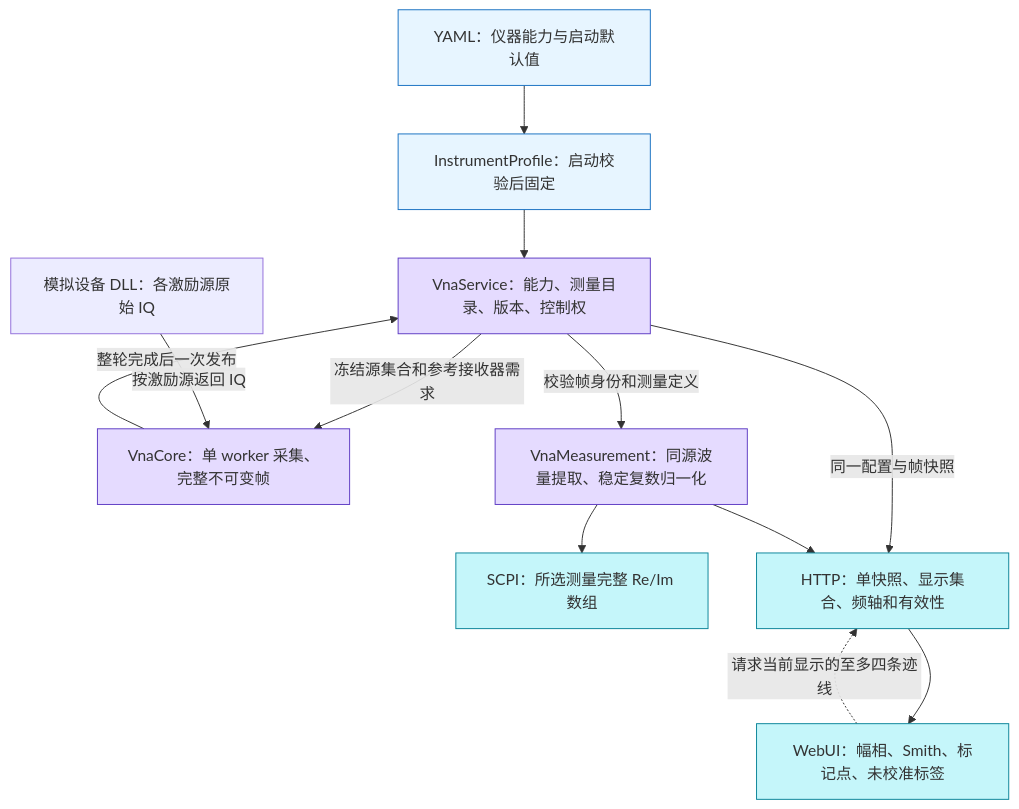
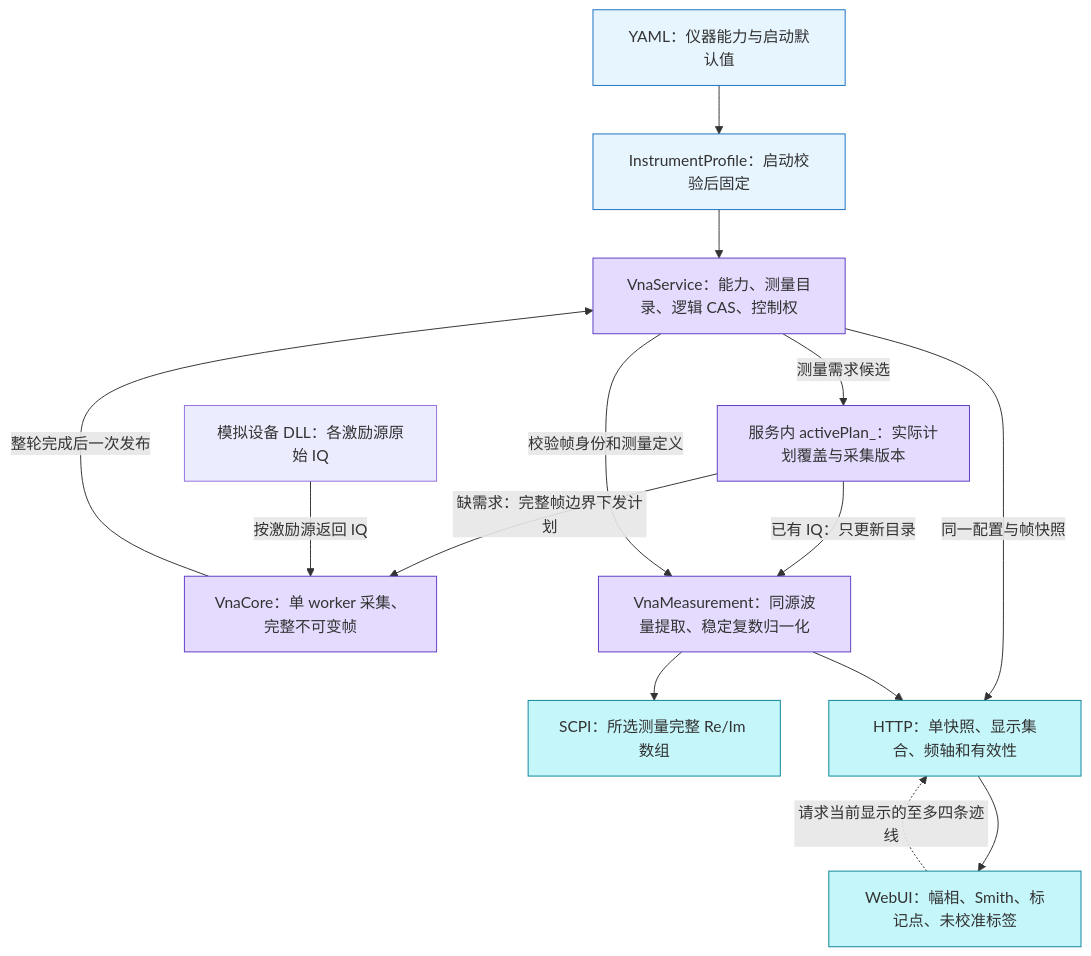
The first of 3 diagrams in docs/未校准S参数测量设计.md (aniping/VnaPro), drawn with Mermaid before and after one commit. The commit also changed other lines of this file and 7 other files, not shown here.

````diff
--- a/docs/未校准S参数测量设计.md
+++ b/docs/未校准S参数测量设计.md
@@ -39,28 +39,31 @@
 ```mermaid
 flowchart TB
     yaml["YAML：仪器能力与启动默认值"]
     profile["InstrumentProfile：启动校验后固定"]
     dll["模拟设备 DLL：各激励源原始 IQ"]
     core["VnaCore：单 worker 采集、完整不可变帧"]
-    service["VnaService：能力、测量目录、版本、控制权"]
+    service["VnaService：能力、测量目录、逻辑 CAS、控制权"]
+    demand["服务内 activePlan_：实际计划覆盖与采集版本"]
     math["VnaMeasurement：同源波量提取、稳定复数归一化"]
     scpi["SCPI：所选测量完整 Re/Im 数组"]
     http["HTTP：单快照、显示集合、频轴和有效性"]
     ui["WebUI：幅相、Smith、标记点、未校准标签"]
     yaml --> profile --> service
-    service -->|冻结源集合和参考接收器需求| core
+    service -->|测量需求候选| demand
+    demand -->|缺需求：完整帧边界下发计划| core
+    demand -->|已有 IQ：只更新目录| math
     dll -->|按激励源返回 IQ| core
     core -->|整轮完成后一次发布| service
     service -->|校验帧身份和测量定义| math
     service -->|同一配置与帧快照| http
     math --> scpi
     math --> http
     http --> ui
     ui -.->|请求当前显示的至多四条迹线| http
     classDef config fill:#e7f5ff,stroke:#1971c2;
     classDef process fill:#e5dbff,stroke:#5f3dc4;
     classDef output fill:#c5f6fa,stroke:#0c8599;
     class yaml,profile config;
-    class core,service,math process;
+    class core,service,demand,math process;
     class scpi,http,ui output;
 ```
````
